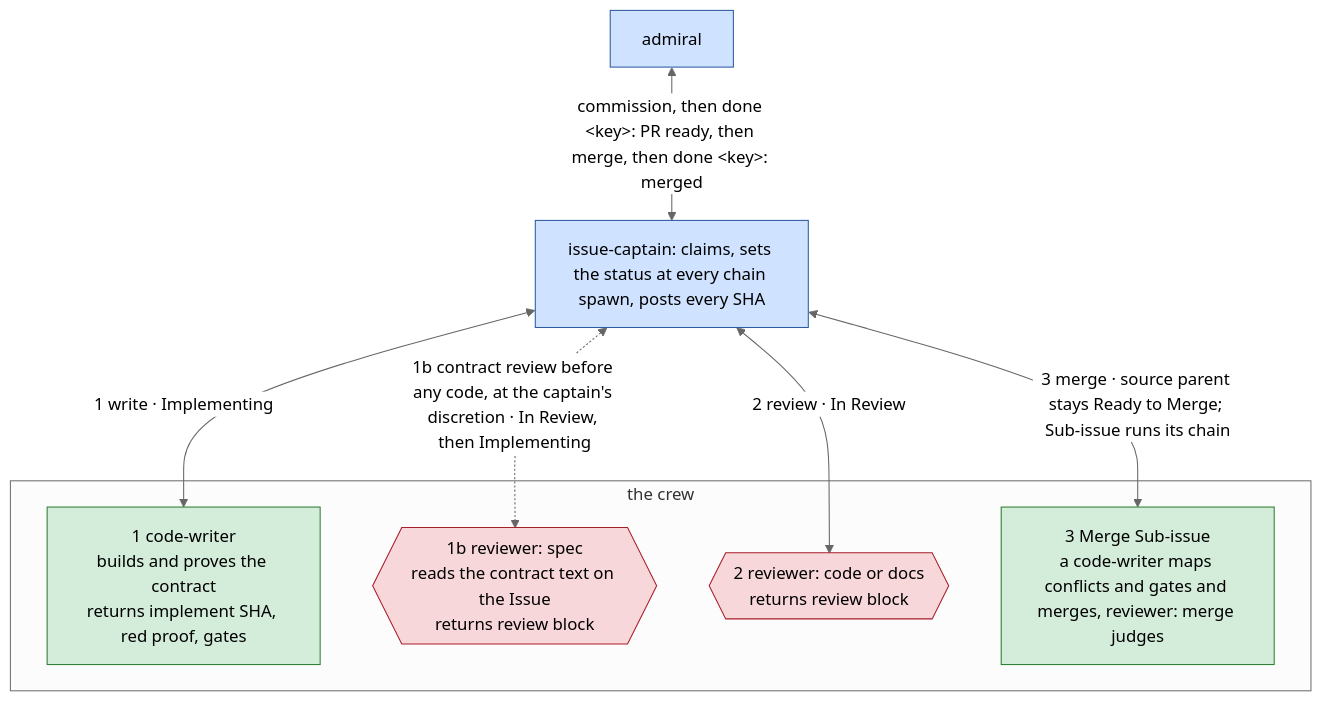
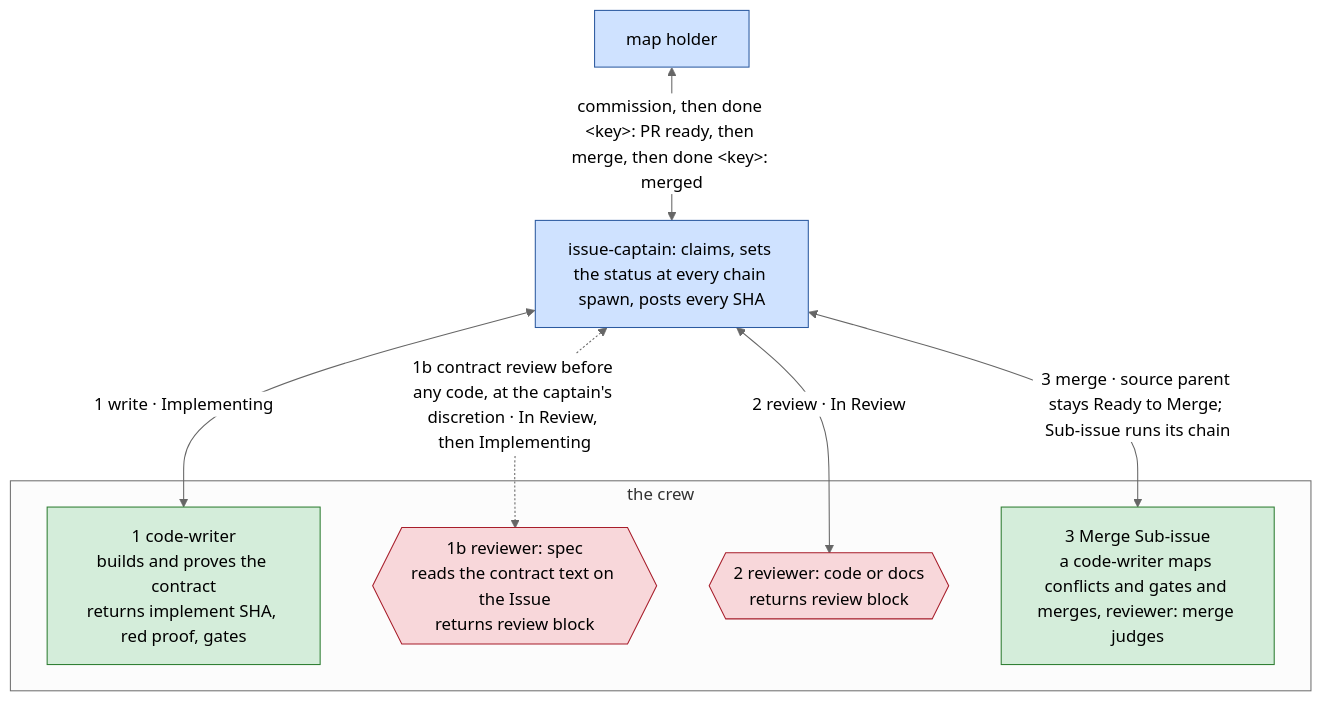
Before and after one commit to bodnarbalazs/dydo: the second of 2 diagrams in README.md, drawn with Mermaid (neutral theme). The commit also changed other lines of this file and 5 other files, not shown here.

Commit message:
DYD-254 fix: DR 047 pointer names §3, control-flow Mode scope and admiral row, planner out of README and about-dynadocs, map holder on the map

````diff
--- a/README.md
+++ b/README.md
@@ -109,18 +110,18 @@
 ```mermaid
 flowchart TD
   classDef officer fill:#cfe2ff,stroke:#2c5aa0,color:#000
   classDef crew fill:#d4edda,stroke:#2e7d32,color:#000
   classDef reviewer fill:#f8d7da,stroke:#a71d2a,color:#000
 
-  AD[admiral]:::officer <-->|"commission, then done &lt;key&gt;: PR ready, then merge, then done &lt;key&gt;: merged"| IC[issue-captain: claims, sets the status at every chain spawn, posts every SHA]:::officer
+  AD[map holder]:::officer <-->|"commission, then done &lt;key&gt;: PR ready, then merge, then done &lt;key&gt;: merged"| IC[issue-captain: claims, sets the status at every chain spawn, posts every SHA]:::officer
   IC <-->|"1 write · Implementing"| CW
   IC <-.->|"1b contract review before any code, at the captain's discretion · In Review, then Implementing"| RS
   IC <-->|"2 review · In Review"| RC
   IC <-->|"3 merge · source parent stays Ready to Merge; Sub-issue runs its chain"| MG
   subgraph CREW [the crew]
     CW[1 code-writer<br>builds and proves the contract<br>returns implement SHA, red proof, gates]:::crew
     RS{{1b reviewer: spec<br>reads the contract text on the Issue<br>returns review block}}:::reviewer
     RC{{2 reviewer: code or docs<br>returns review block}}:::reviewer
     MG[3 Merge Sub-issue<br>a code-writer maps conflicts and gates and merges, reviewer: merge judges]:::crew
   end
 ```
````
